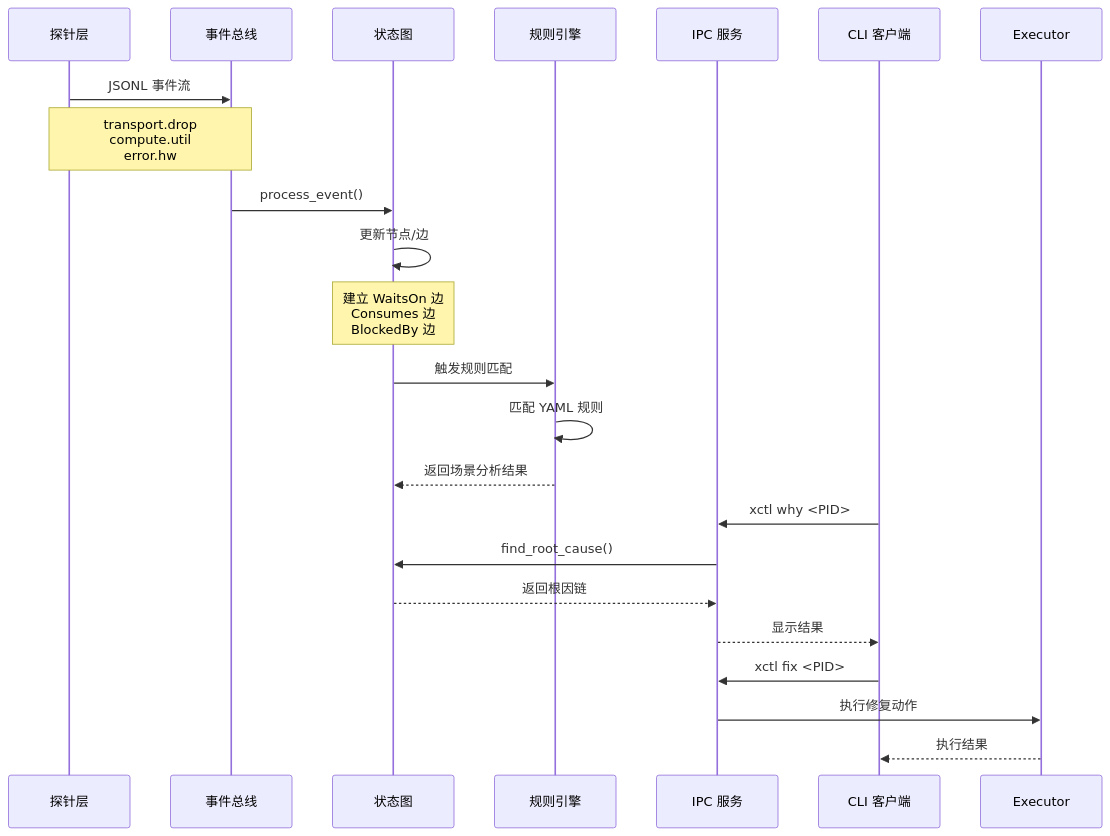
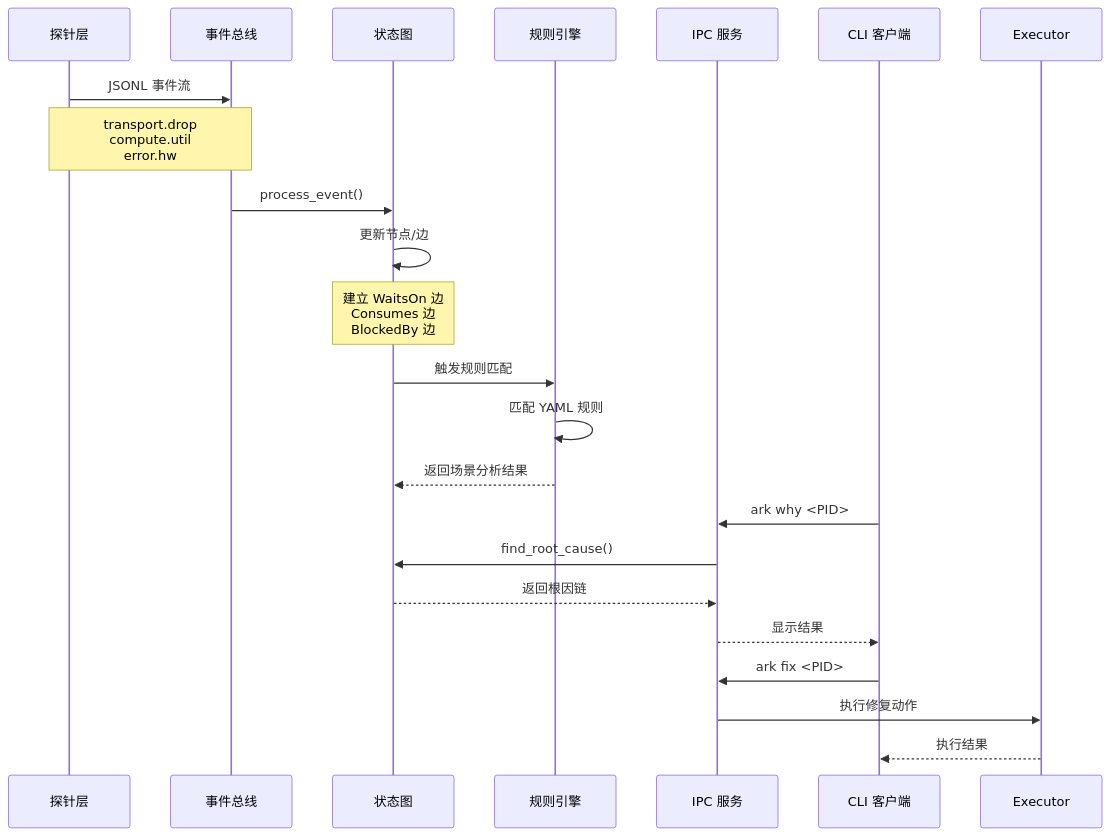
The second of 6 diagrams in docs/ARCHITECTURE.md (osen7/X-infra), drawn with Mermaid before and after one commit. The commit also changed other lines of this file and 75 other files, not shown here.

````diff
--- a/docs/ARCHITECTURE.md
+++ b/docs/ARCHITECTURE.md
@@ -62,29 +62,29 @@
 ```mermaid
 sequenceDiagram
     participant Probe as 探针层
     participant EventBus as 事件总线
     participant Graph as 状态图
     participant Rule as 规则引擎
     participant IPC as IPC 服务
     participant CLI as CLI 客户端
     
     Probe->>EventBus: JSONL 事件流
     Note over Probe,EventBus: transport.drop<br/>compute.util<br/>error.hw
     
     EventBus->>Graph: process_event()
     Graph->>Graph: 更新节点/边
     Note over Graph: 建立 WaitsOn 边<br/>Consumes 边<br/>BlockedBy 边
     
     Graph->>Rule: 触发规则匹配
     Rule->>Rule: 匹配 YAML 规则
     Rule-->>Graph: 返回场景分析结果
     
-    CLI->>IPC: xctl why <PID>
+    CLI->>IPC: ark why <PID>
     IPC->>Graph: find_root_cause()
     Graph-->>IPC: 返回根因链
     IPC-->>CLI: 显示结果
     
-    CLI->>IPC: xctl fix <PID>
+    CLI->>IPC: ark fix <PID>
     IPC->>Executor: 执行修复动作
     Executor-->>CLI: 执行结果
 ```
````
